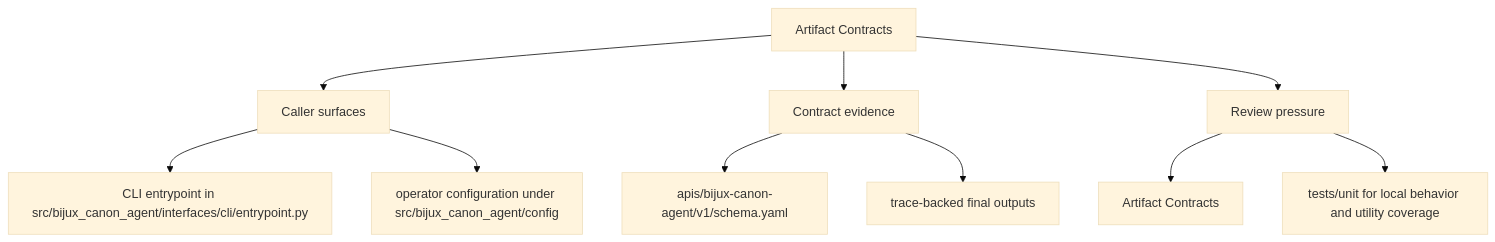
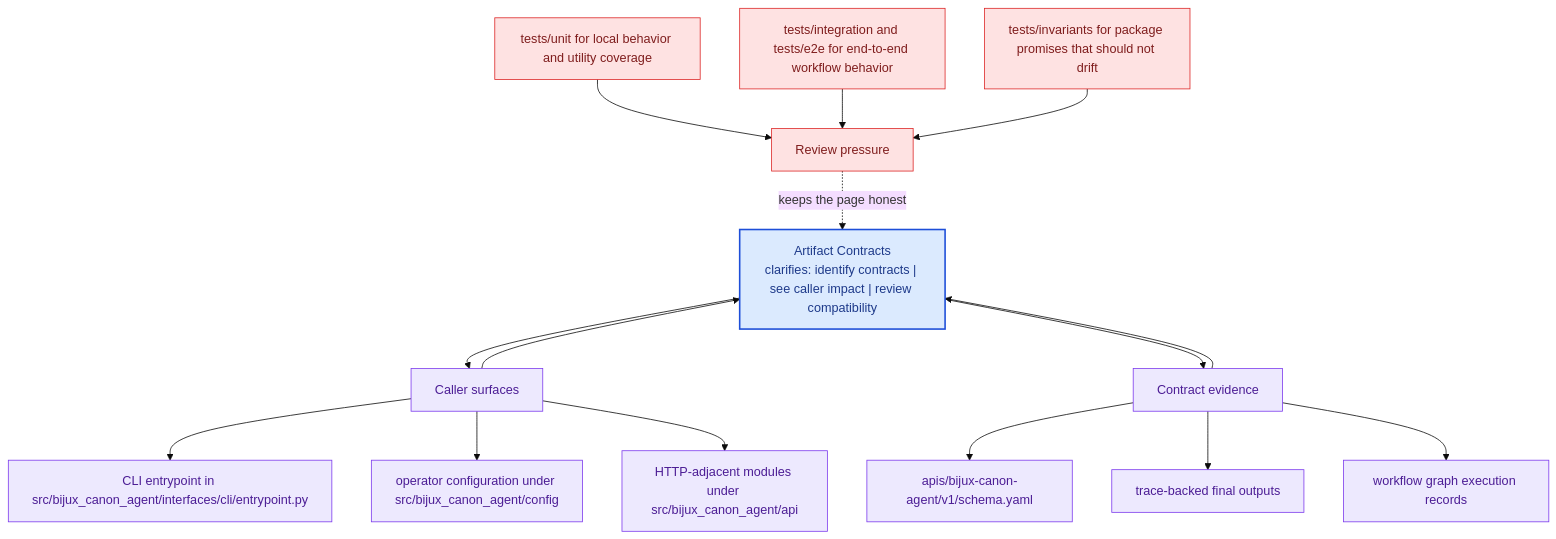
One commit to bijux/bijux-canon changed the second of 2 diagrams in docs/bijux-canon-agent/interfaces/artifact-contracts.md. Above: the diagram before and after it, drawn with Mermaid (base theme). The commit also changed other lines of this file and 281 other files, not shown here.

Commit message:
docs(diagrams): deepen handbook mermaid maps across the catalog

````diff
--- a/docs/bijux-canon-agent/interfaces/artifact-contracts.md
+++ b/docs/bijux-canon-agent/interfaces/artifact-contracts.md
@@ -35,22 +68,41 @@
 ```mermaid
-flowchart TD
-    page["Artifact Contracts"]
+flowchart TB
+    promise["Artifact Contracts<br/>clarifies: identify contracts | see caller impact | review compatibility"]
+    classDef promise fill:#dbeafe,stroke:#1d4ed8,color:#1e3a8a,stroke-width:2px;
+    classDef driver fill:#dcfce7,stroke:#16a34a,color:#14532d;
+    classDef constraint fill:#fee2e2,stroke:#dc2626,color:#7f1d1d;
+    classDef ground fill:#ede9fe,stroke:#7c3aed,color:#4c1d95;
     focus1["Caller surfaces"]
-    page --> focus1
+    focus1 --> promise
+    promise --> focus1
     focus1_1["CLI entrypoint in src/bijux_canon_agent/interfaces/cli/entrypoint.py"]
     focus1 --> focus1_1
     focus1_2["operator configuration under src/bijux_canon_agent/config"]
     focus1 --> focus1_2
+    focus1_3["HTTP-adjacent modules under src/bijux_canon_agent/api"]
+    focus1 --> focus1_3
+    class focus1 ground;
+    class focus1_1,focus1_2,focus1_3 ground;
     focus2["Contract evidence"]
-    page --> focus2
+    focus2 --> promise
+    promise --> focus2
     focus2_1["apis/bijux-canon-agent/v1/schema.yaml"]
     focus2 --> focus2_1
     focus2_2["trace-backed final outputs"]
     focus2 --> focus2_2
+    focus2_3["workflow graph execution records"]
+    focus2 --> focus2_3
+    class focus2 ground;
+    class focus2_1,focus2_2,focus2_3 ground;
     focus3["Review pressure"]
-    page --> focus3
-    focus3_1["Artifact Contracts"]
-    focus3 --> focus3_1
-    focus3_2["tests/unit for local behavior and utility coverage"]
-    focus3 --> focus3_2
+    focus3 -.keeps the page honest.-> promise
+    focus3_1["tests/unit for local behavior and utility coverage"]
+    focus3_1 --> focus3
+    focus3_2["tests/integration and tests/e2e for end-to-end workflow behavior"]
+    focus3_2 --> focus3
+    focus3_3["tests/invariants for package promises that should not drift"]
+    focus3_3 --> focus3
+    class focus3 constraint;
+    class focus3_1,focus3_2,focus3_3 constraint;
+    class promise promise;
 ```
````
